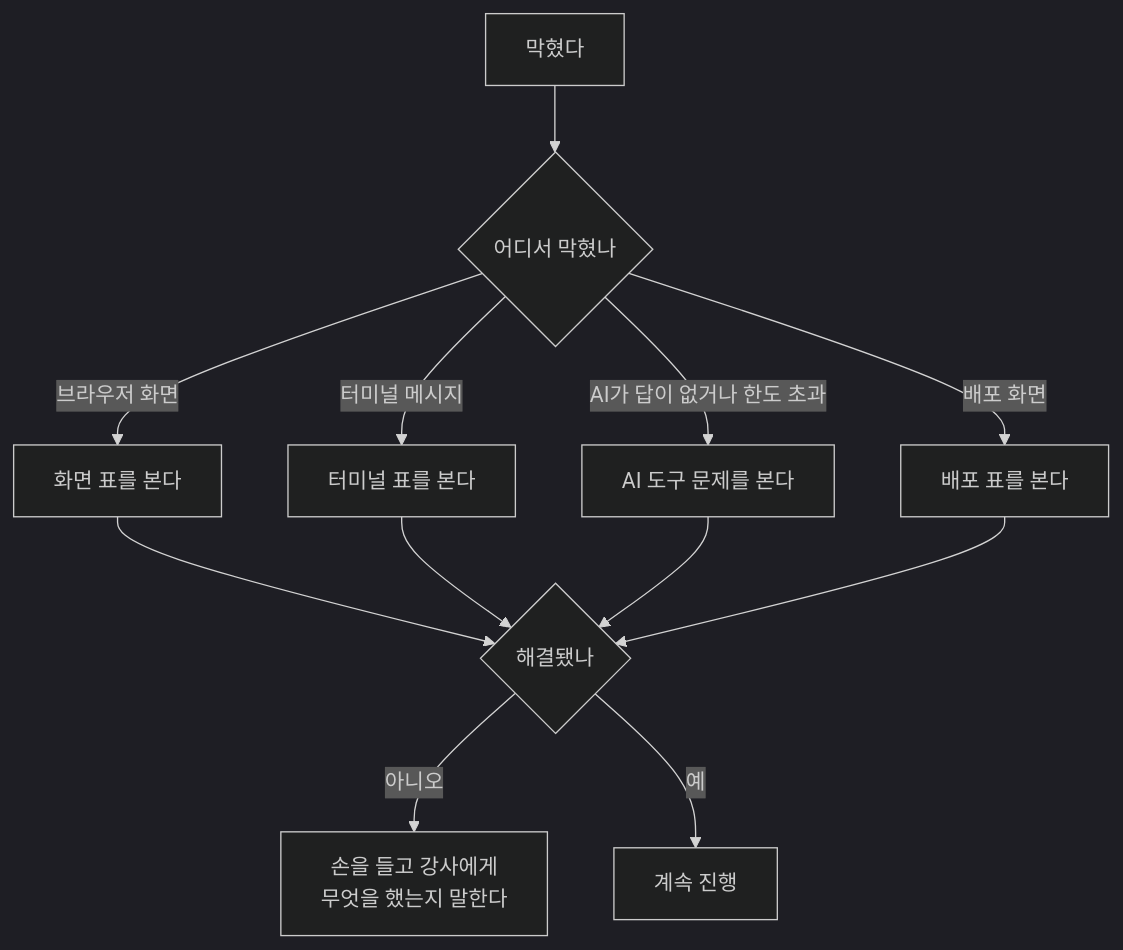
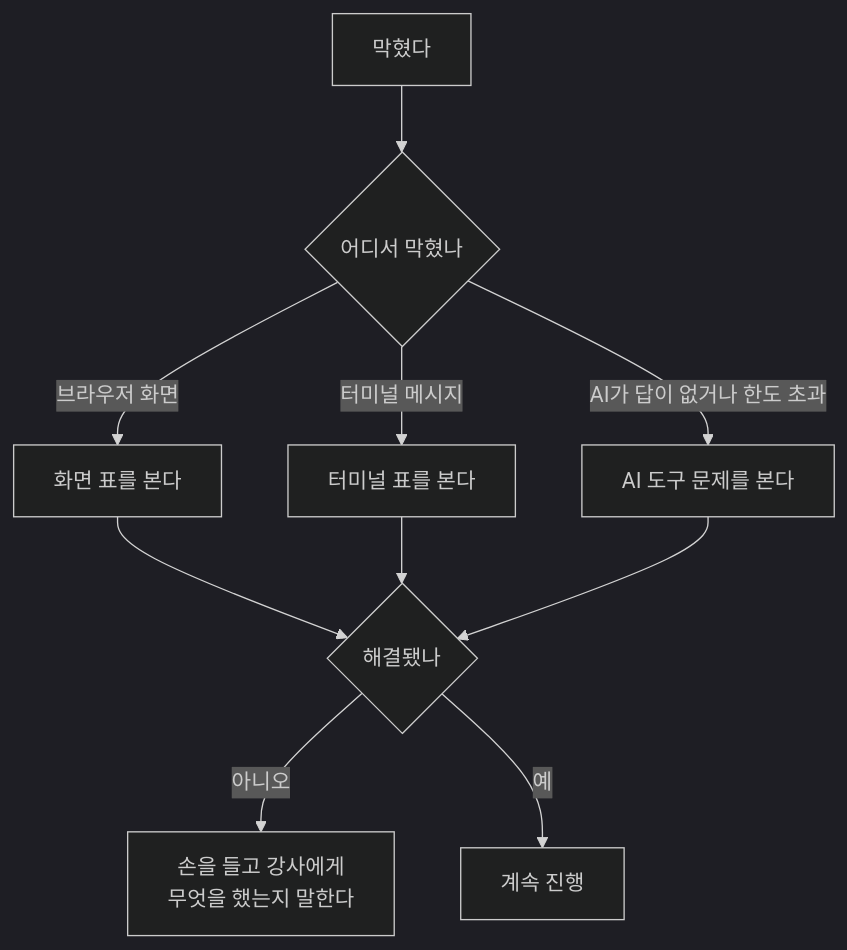
One commit to YeonjiKim0316/review-thermo-ond changed the first of 3 diagrams in docs/00-troubleshooting.md. Above: the diagram before and after it, drawn with Mermaid (dark theme). The commit also changed other lines of this file and 12 other files, not shown here.

````diff
--- a/docs/00-troubleshooting.md
+++ b/docs/00-troubleshooting.md
@@ -15,14 +15,12 @@
 ```mermaid
 flowchart TD
     A["막혔다"] --> B{"어디서 막혔나"}
     B -->|"브라우저 화면"| C["화면 표를 본다"]
     B -->|"터미널 메시지"| D["터미널 표를 본다"]
     B -->|"AI가 답이 없거나 한도 초과"| E["AI 도구 문제를 본다"]
-    B -->|"배포 화면"| F["배포 표를 본다"]
     C --> G{"해결됐나"}
     D --> G
     E --> G
-    F --> G
     G -->|아니오| H["손을 들고 강사에게<br/>무엇을 했는지 말한다"]
     G -->|예| I["계속 진행"]
 ```
````
